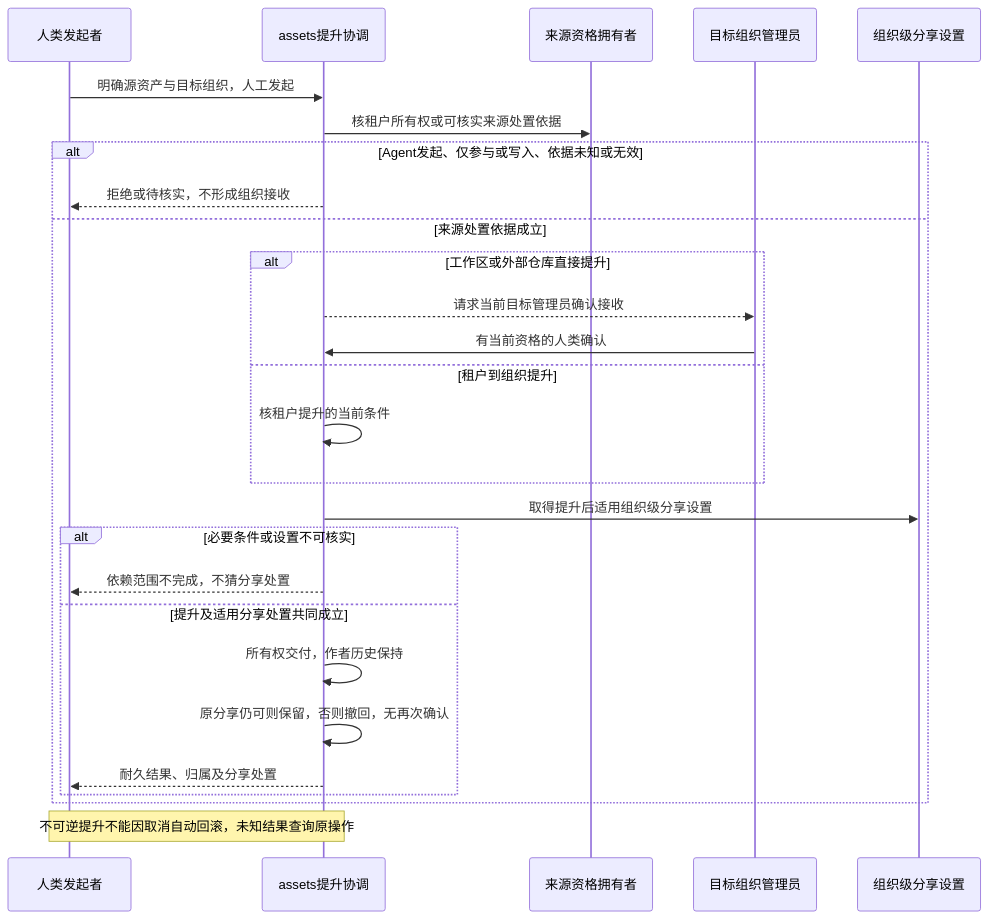
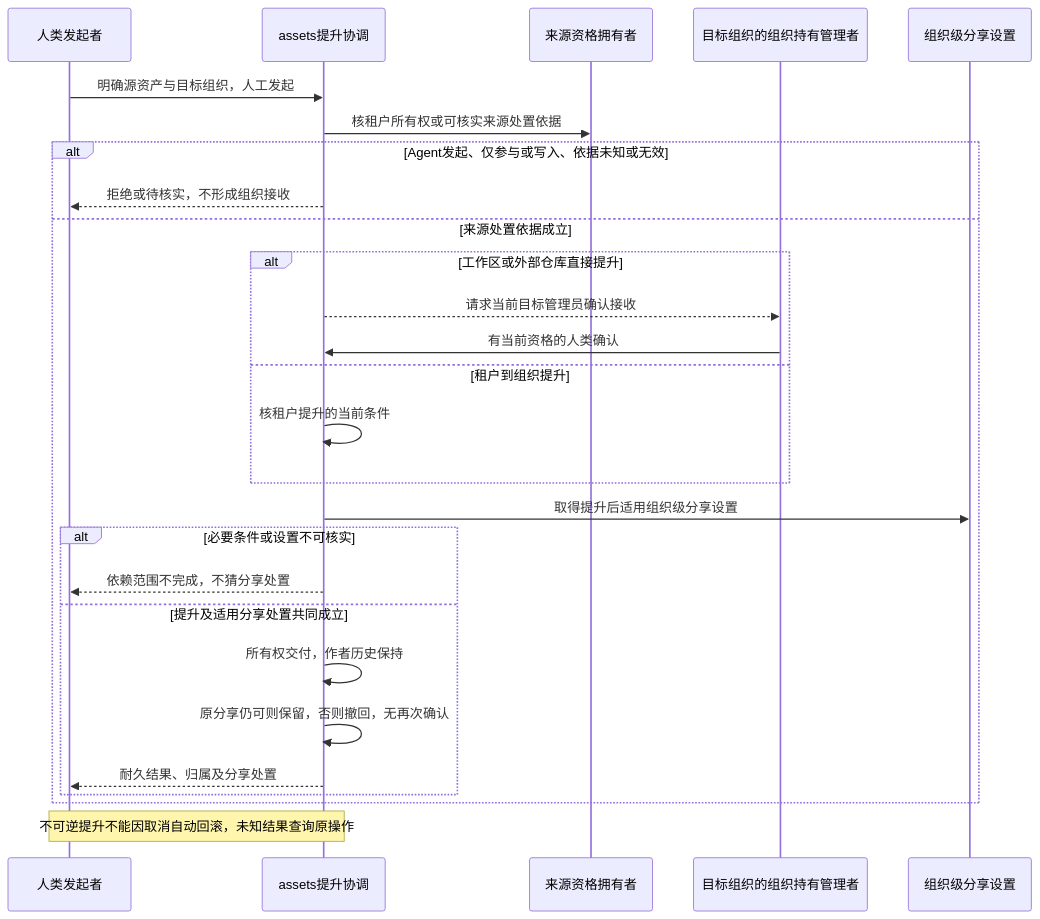
The seventh of 7 diagrams in packages/assets/assets/docs/internals.md (nemori-ai/omne-harness-lite), drawn with Mermaid before and after one commit. The commit also changed other lines of this file and 8 other files, not shown here.

````diff
--- a/packages/assets/assets/docs/internals.md
+++ b/packages/assets/assets/docs/internals.md
@@ -231,29 +231,29 @@
 ```mermaid
 sequenceDiagram
   participant U as 人类发起者
   participant A as assets提升协调
   participant Q as 来源资格拥有者
-  participant O as 目标组织管理员
+  participant O as 目标组织的组织持有管理者
   participant P as 组织级分享设置
   U->>A: 明确源资产与目标组织，人工发起
   A->>Q: 核租户所有权或可核实来源处置依据
   alt Agent发起、仅参与或写入、依据未知或无效
     A-->>U: 拒绝或待核实，不形成组织接收
   else 来源处置依据成立
     alt 工作区或外部仓库直接提升
       A-->>O: 请求当前目标管理员确认接收
       O->>A: 有当前资格的人类确认
     else 租户到组织提升
       A->>A: 核租户提升的当前条件
     end
     A->>P: 取得提升后适用组织级分享设置
     alt 必要条件或设置不可核实
       A-->>U: 依赖范围不完成，不猜分享处置
     else 提升及适用分享处置共同成立
       A->>A: 所有权交付，作者历史保持
       A->>A: 原分享仍可则保留，否则撤回，无再次确认
       A-->>U: 耐久结果、归属及分享处置
     end
   end
   Note over U,A: 不可逆提升不能因取消自动回滚，未知结果查询原操作
 ```
````
